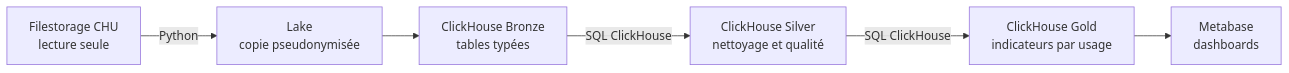
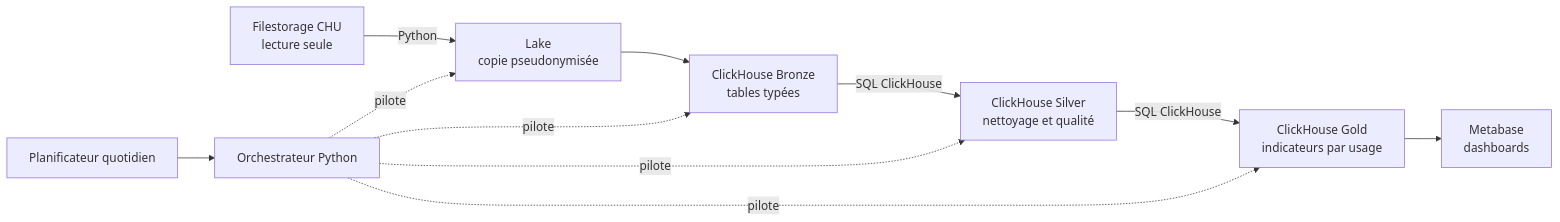
The diagram in dossier/README.md (yassine-re/big-data), drawn with Mermaid before and after one commit. The commit also changed other lines of this file and 8 other files, not shown here.

````diff
--- a/dossier/README.md
+++ b/dossier/README.md
@@ -36,15 +36,22 @@
 ```mermaid
 flowchart LR
     source[Filestorage CHU<br/>lecture seule]
     lake[Lake<br/>copie pseudonymisée]
     bronze[ClickHouse Bronze<br/>tables typées]
     silver[ClickHouse Silver<br/>nettoyage et qualité]
     gold[ClickHouse Gold<br/>indicateurs par usage]
     metabase[Metabase<br/>dashboards]
+    scheduler[Planificateur quotidien]
+    runner[Orchestrateur Python]
 
     source -->|Python| lake
     lake --> bronze
     bronze -->|SQL ClickHouse| silver
     silver -->|SQL ClickHouse| gold
     gold --> metabase
+    scheduler --> runner
+    runner -.->|pilote| lake
+    runner -.->|pilote| bronze
+    runner -.->|pilote| silver
+    runner -.->|pilote| gold
 ```
````
